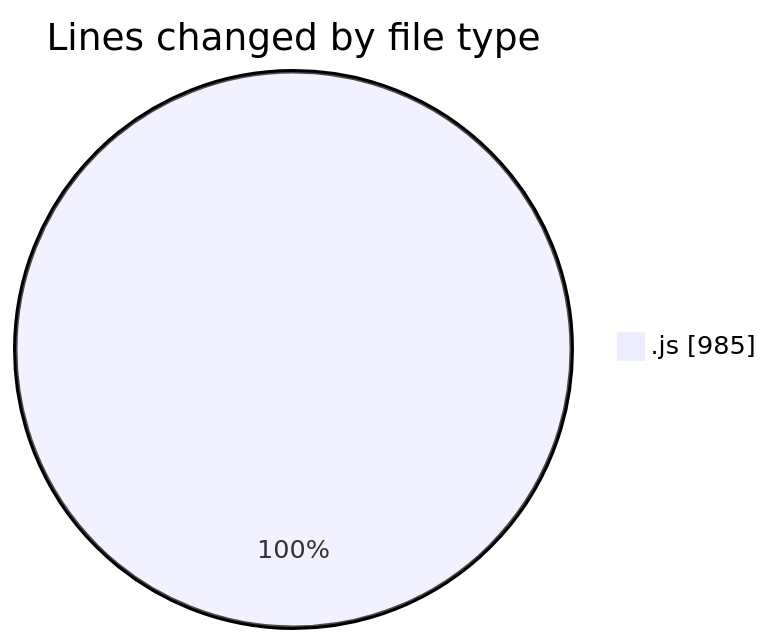
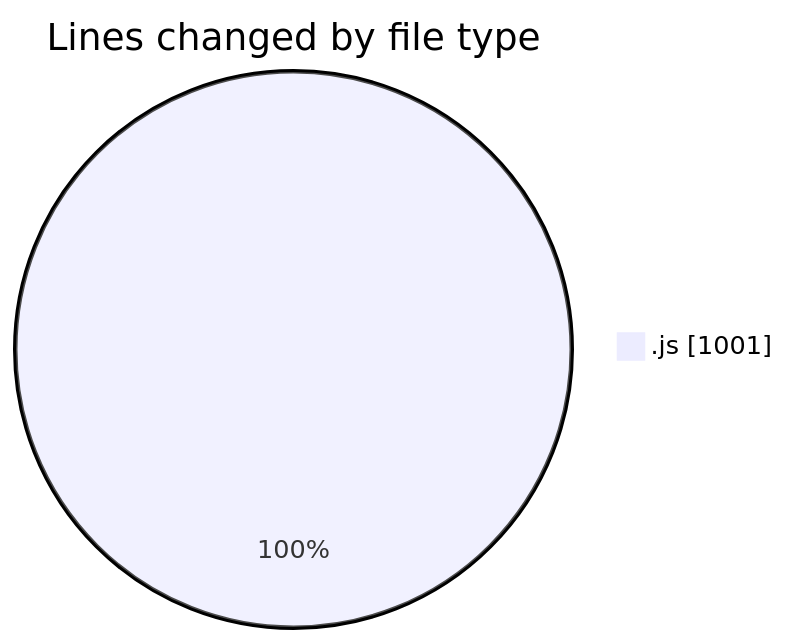
The first of 2 diagrams in 2026-02-04/cda/README.md (momahboobian/code-tracking), drawn with Mermaid before and after one commit. The commit also changed other lines of this file and 1 other file, not shown here.

````diff
--- a/2026-02-04/cda/README.md
+++ b/2026-02-04/cda/README.md
@@ -20,5 +20,5 @@
 ```mermaid
 pie showData
 title Lines changed by file type
-".js" : 985
+".js" : 1001
 ```
````
